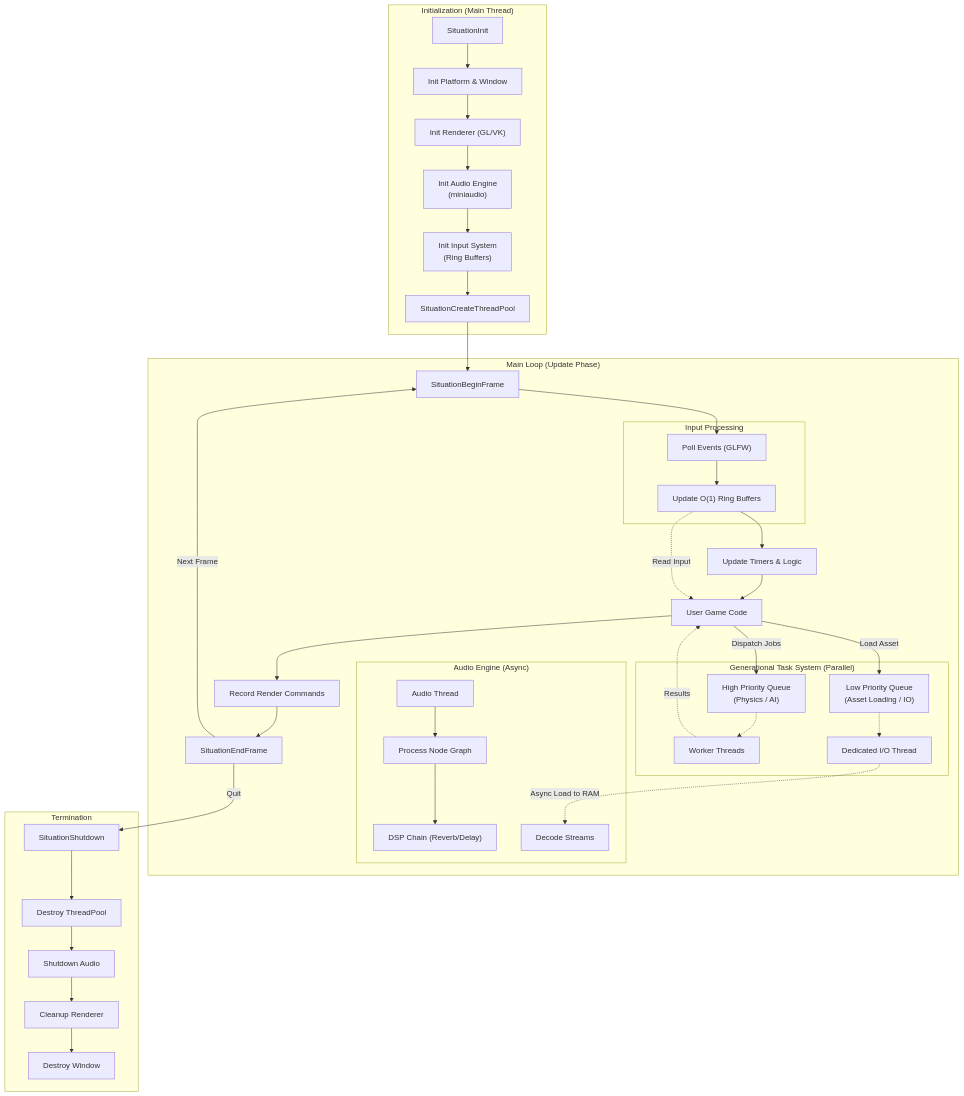
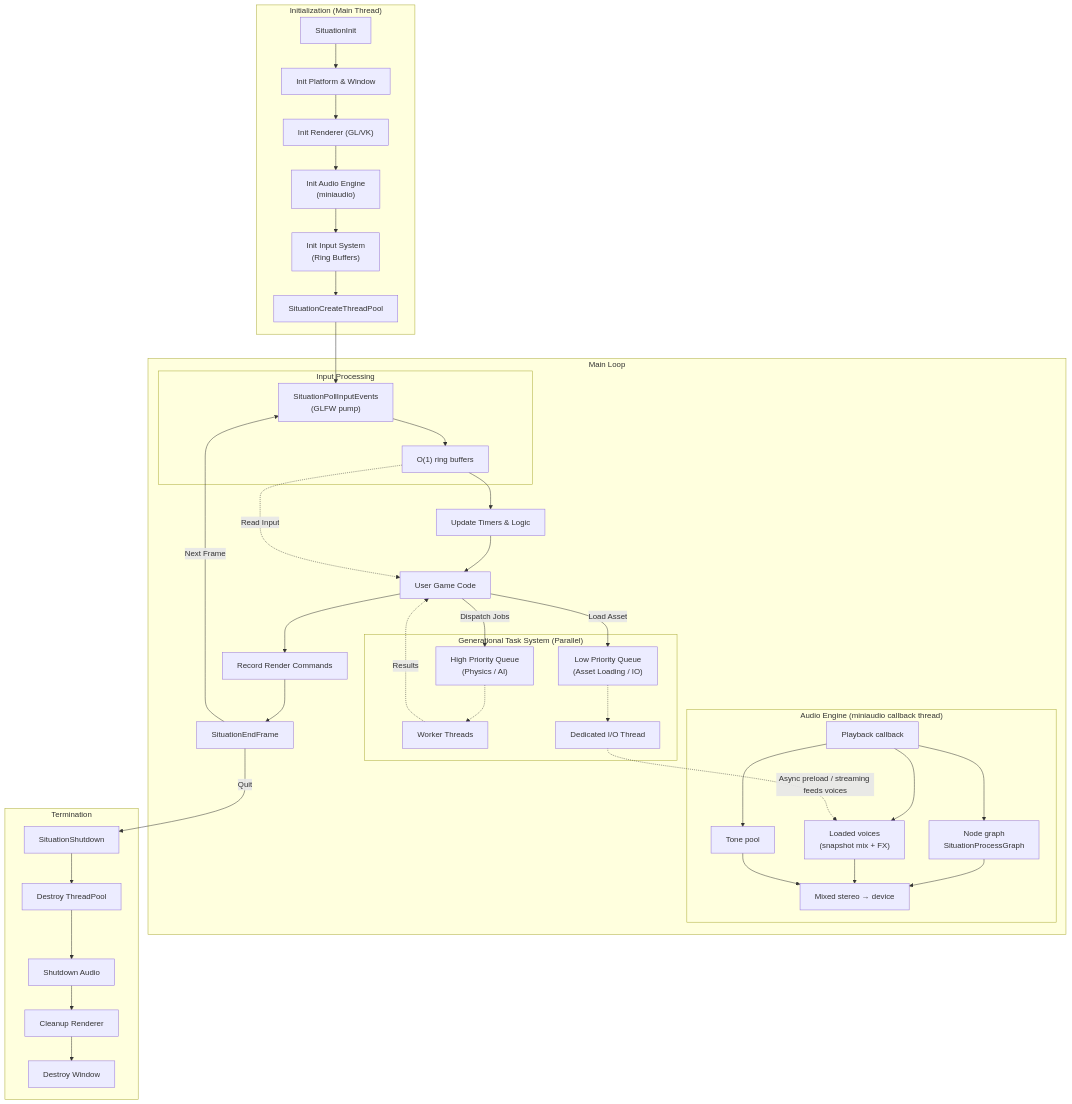
The first of 4 diagrams in README.md (jmorel33/situation), drawn with Mermaid before and after one commit. The commit also changed other lines of this file and 5 other files, not shown here.

````diff
--- a/README.md
+++ b/README.md
@@ -200,69 +223,72 @@
 ```mermaid
 graph TD
     %% Main Lifecycle
     subgraph Init ["Initialization (Main Thread)"]
         I1["SituationInit"]
         I2["Init Platform & Window"]
         I3["Init Renderer (GL/VK)"]
         I4["Init Audio Engine<br/>(miniaudio)"]
         I5["Init Input System<br/>(Ring Buffers)"]
         I6["SituationCreateThreadPool"]
     end
 
-    subgraph Loop ["Main Loop (Update Phase)"]
-        L1["SituationBeginFrame"]
-
+    subgraph Loop ["Main Loop"]
         subgraph Input ["Input Processing"]
-            IN1["Poll Events (GLFW)"]
-            IN2["Update O(1) Ring Buffers"]
+            IN1["SituationPollInputEvents<br/>(GLFW pump)"]
+            IN2["O(1) ring buffers"]
         end
 
         subgraph TaskSystem ["Generational Task System (Parallel)"]
             TS1["High Priority Queue<br/>(Physics / AI)"]
             TS2["Low Priority Queue<br/>(Asset Loading / IO)"]
             TS_W["Worker Threads"]
             TS_IO["Dedicated I/O Thread"]
 
             TS1 -.-> TS_W
             TS2 -.-> TS_IO
         end
 
-        subgraph Audio ["Audio Engine (Async)"]
-            AU1["Audio Thread"]
-            AU2["Process Node Graph"]
-            AU3["DSP Chain (Reverb/Delay)"]
-            AU4["Decode Streams"]
-
-            AU1 --> AU2 --> AU3
-            TS_IO -. "Async Load to RAM" .-> AU4
+        subgraph Audio ["Audio Engine (miniaudio callback thread)"]
+            AU1["Playback callback"]
+            AU_G["Node graph<br/>SituationProcessGraph"]
+            AU_V["Loaded voices<br/>(snapshot mix + FX)"]
+            AU_T["Tone pool"]
+            AU_OUT["Mixed stereo → device"]
+            AU1 --> AU_G
+            AU1 --> AU_V
+            AU1 --> AU_T
+            AU_G --> AU_OUT
+            AU_V --> AU_OUT
+            AU_T --> AU_OUT
+            TS_IO -. "Async preload / streaming feeds voices" .-> AU_V
         end
 
         L2["Update Timers & Logic"]
         L3["User Game Code"]
         L4["Record Render Commands"]
         L5["SituationEndFrame"]
     end
 
     subgraph Exit ["Termination"]
         E1["SituationShutdown"]
         E2["Destroy ThreadPool"]
         E3["Shutdown Audio"]
         E4["Cleanup Renderer"]
         E5["Destroy Window"]
     end
 
     %% Flow Connections
-    I1 --> I2 --> I3 --> I4 --> I5 --> I6 --> L1
-    L1 --> IN1 --> IN2 --> L2
+    I1 --> I2 --> I3 --> I4 --> I5 --> I6 --> IN1
+    IN1 --> IN2 --> L2
     L2 --> L3
     L3 -- "Dispatch Jobs" --> TS1
     L3 -- "Load Asset" --> TS2
     L3 --> L4 --> L5
-    L5 -- "Next Frame" --> L1
+    L5 -- "Next Frame" --> IN1
     L5 -- "Quit" --> E1
     E1 --> E2 --> E3 --> E4 --> E5
 
     %% Data Dependencies
     IN2 -. "Read Input" .-> L3
     TS_W -. "Results" .-> L3
 ```
````
